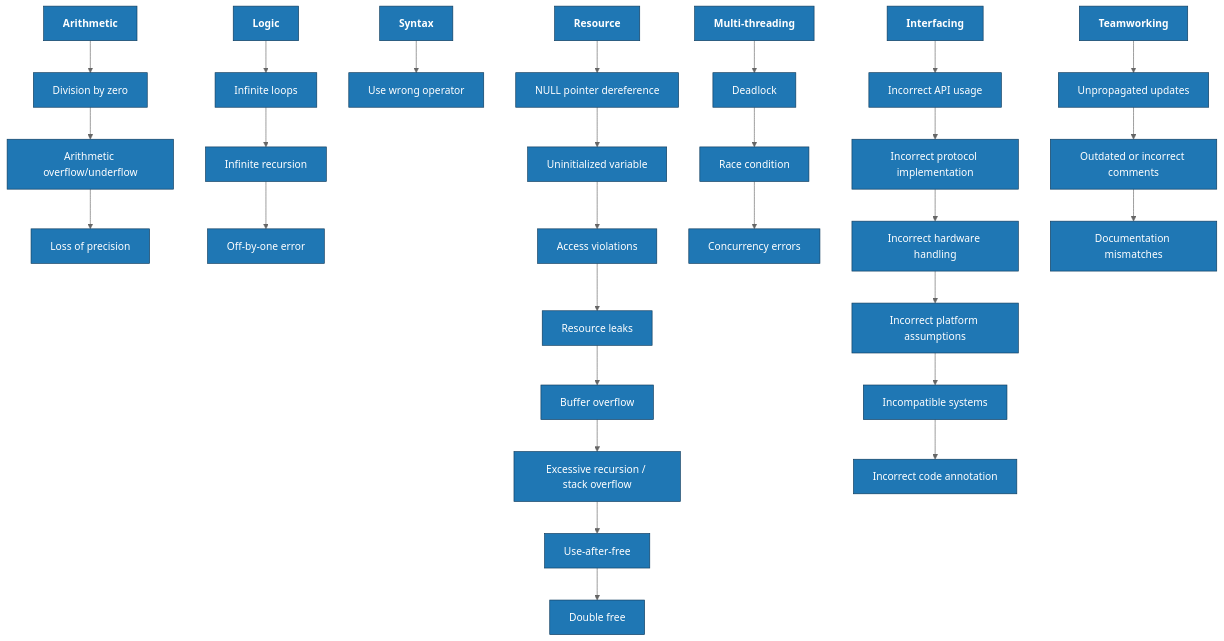
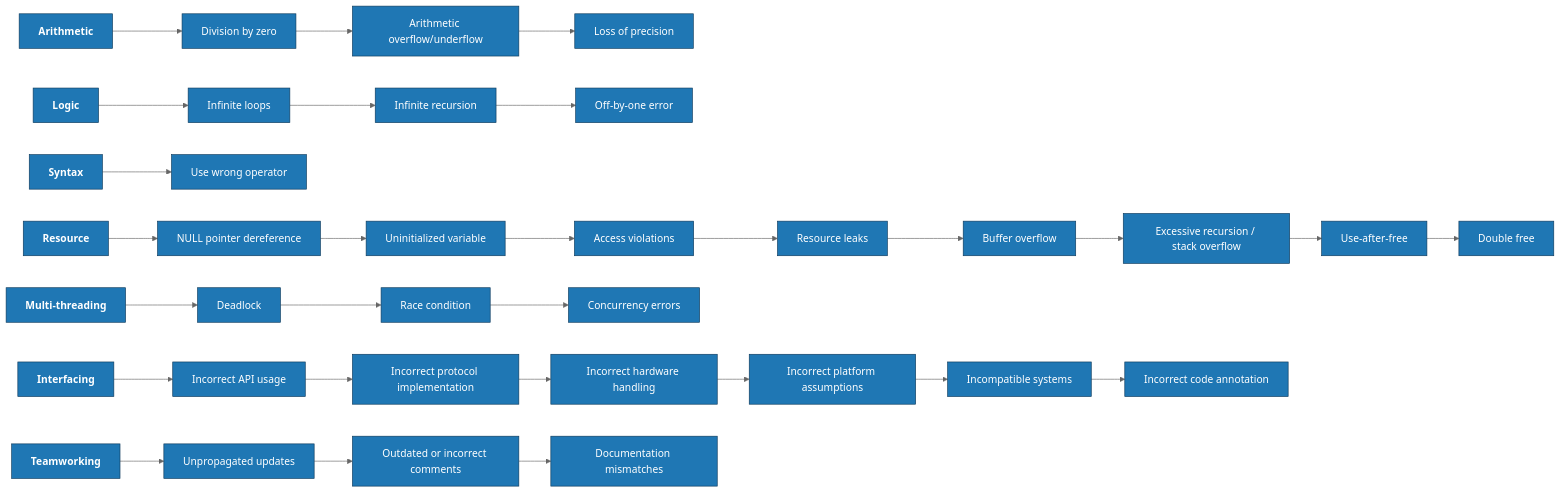
One commit to adolfcna/ATTvDEF changed the diagram in content/Initial Access/Exploit Public-Facing Application T1190/BUG.md. Above: the diagram before and after it, drawn with Mermaid (neutral theme).

Commit message:
vault backup: 2026-05-30 12:07:51

````diff
--- a/content/Initial Access/Exploit Public-Facing Application T1190/BUG.md
+++ b/content/Initial Access/Exploit Public-Facing Application T1190/BUG.md
@@ -2,64 +2,64 @@
 ```mermaid
-flowchart TD
+flowchart LR
 
     classDef col fill:#1f77b4,stroke:#0d3a5c,color:white,font-weight:bold;
     classDef cell fill:#1f77b4,stroke:#0d3a5c,color:white;
 
     %% Column Titles
     A[Arithmetic]:::col
     B[Logic]:::col
     C[Syntax]:::col
     D[Resource]:::col
     E[Multi-threading]:::col
     F[Interfacing]:::col
     G[Teamworking]:::col
 
     %% Arithmetic
     A1[Division by zero]:::cell
     A2[Arithmetic overflow/underflow]:::cell
     A3[Loss of precision]:::cell
     A --> A1 --> A2 --> A3
 
     %% Logic
     B1[Infinite loops]:::cell
     B2[Infinite recursion]:::cell
     B3[Off-by-one error]:::cell
     B --> B1 --> B2 --> B3
 
     %% Syntax
     C1[Use wrong operator]:::cell
     C --> C1
 
     %% Resource
     D1[NULL pointer dereference]:::cell
     D2[Uninitialized variable]:::cell
     D3[Access violations]:::cell
     D4[Resource leaks]:::cell
     D5[Buffer overflow]:::cell
     D6[Excessive recursion / stack overflow]:::cell
     D7[Use-after-free]:::cell
     D8[Double free]:::cell
     D --> D1 --> D2 --> D3 --> D4 --> D5 --> D6 --> D7 --> D8
 
     %% Multi-threading
     E1[Deadlock]:::cell
     E2[Race condition]:::cell
     E3[Concurrency errors]:::cell
     E --> E1 --> E2 --> E3
 
     %% Interfacing
     F1[Incorrect API usage]:::cell
     F2[Incorrect protocol implementation]:::cell
     F3[Incorrect hardware handling]:::cell
     F4[Incorrect platform assumptions]:::cell
     F5[Incompatible systems]:::cell
     F6[Incorrect code annotation]:::cell
     F --> F1 --> F2 --> F3 --> F4 --> F5 --> F6
 
     %% Teamworking
     G1[Unpropagated updates]:::cell
     G2[Outdated or incorrect comments]:::cell
     G3[Documentation mismatches]:::cell
     G --> G1 --> G2 --> G3
 
 ```
````
